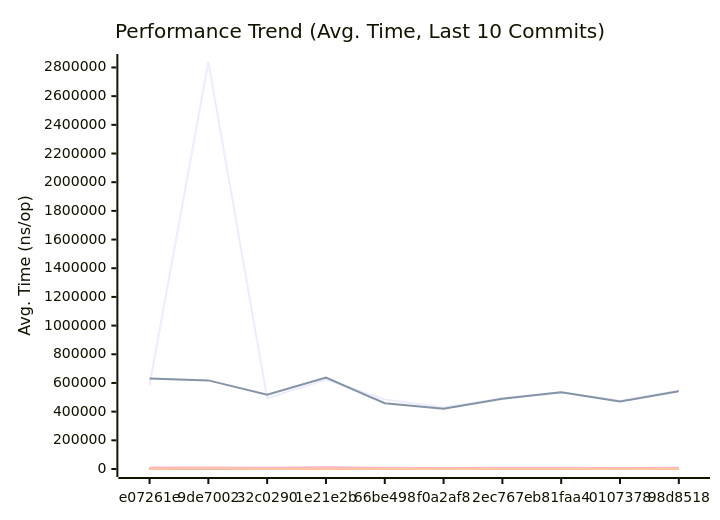
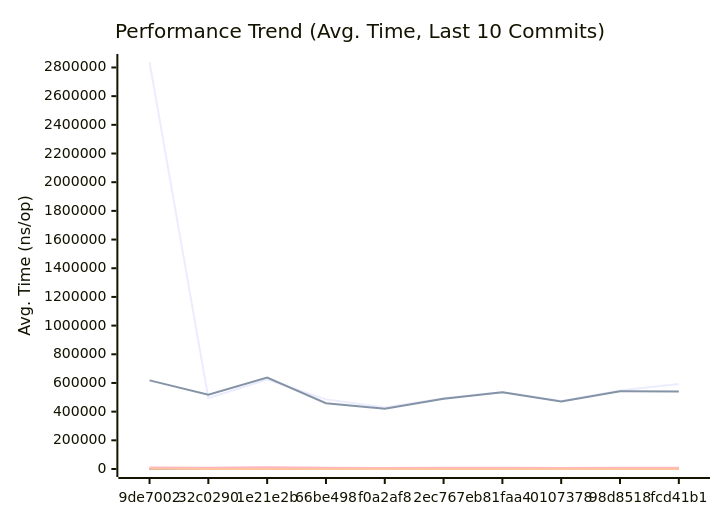
One commit to alsotoes/momo changed the first of 3 diagrams in docs/PERFORMANCE.md. Above: the diagram before and after it, drawn with Mermaid. The commit also changed other lines of this file and 3 other files, not shown here.

````diff
--- a/docs/PERFORMANCE.md
+++ b/docs/PERFORMANCE.md
@@ -145,20 +145,20 @@
 ```mermaid
 xychart-beta
     title "Performance Trend (Avg. Time, Last 10 Commits)"
     x-axis "Commit"
     y-axis "Avg. Time (ns/op)"
-    x-axis [e07261e,9de7002,32c0290,1e21e2b,66be498,f0a2af8,2ec767e,b81faa4,0107378,98d8518]
-    line "AWSChunkedReaderSigned" [584226,2838201,493329,623314,485586,428699,494161,536055,474487,547638]
-    line "AWSChunkedReaderUnsigned" [631654,617880,518620,637133,458443,420916,489488,535372,470934,542477]
-    line "CheckMetricsAndSwap" [9,16,10,13,9,8,8,11,8,9]
-    line "CrushOptimized" [439,381,353,419,355,342,351,359,357,366]
-    line "CrushOriginal" [664,686,549,628,459,465,587,501,444,519]
-    line "IndexDirectTracking" [0,1,0,1,0,0,0,0,0,0]
-    line "IndexSearch" [2,3,2,3,3,3,3,3,3,3]
-    line "LoadGlobalConfig" [10900,10925,8352,11680,7877,7811,8699,9154,7311,8381]
-    line "PadString" [64,66,53,64,43,49,49,50,41,54]
+    x-axis [9de7002,32c0290,1e21e2b,66be498,f0a2af8,2ec767e,b81faa4,0107378,98d8518,fcd41b1]
+    line "AWSChunkedReaderSigned" [2838201,493329,623314,485586,428699,494161,536055,474487,547638,593420]
+    line "AWSChunkedReaderUnsigned" [617880,518620,637133,458443,420916,489488,535372,470934,542477,539873]
+    line "CheckMetricsAndSwap" [16,10,13,9,8,8,11,8,9,11]
+    line "CrushOptimized" [381,353,419,355,342,351,359,357,366,358]
+    line "CrushOriginal" [686,549,628,459,465,587,501,444,519,560]
+    line "IndexDirectTracking" [1,0,1,0,0,0,0,0,0,0]
+    line "IndexSearch" [3,2,3,3,3,3,3,3,3,3]
+    line "LoadGlobalConfig" [10925,8352,11680,7877,7811,8699,9154,7311,8381,9076]
+    line "PadString" [66,53,64,43,49,49,50,41,54,51]
     line "ParseReplicationOrder_NoPrealloc" [350,349,357,354,345,225,229,165,232,234]
     line "ParseReplicationOrder_Prealloc" [229,231,237,234,229,108,107,80,110,109]
-    line "SanitizeLog/Safe" [496,673,440,585,444,426,532,520,440,468]
-    line "SanitizeLog/Unsafe" [826,1502,669,794,568,519,657,616,544,677]
+    line "SanitizeLog/Safe" [673,440,585,444,426,532,520,440,468,493]
+    line "SanitizeLog/Unsafe" [1502,669,794,568,519,657,616,544,677,712]
 ```
````
